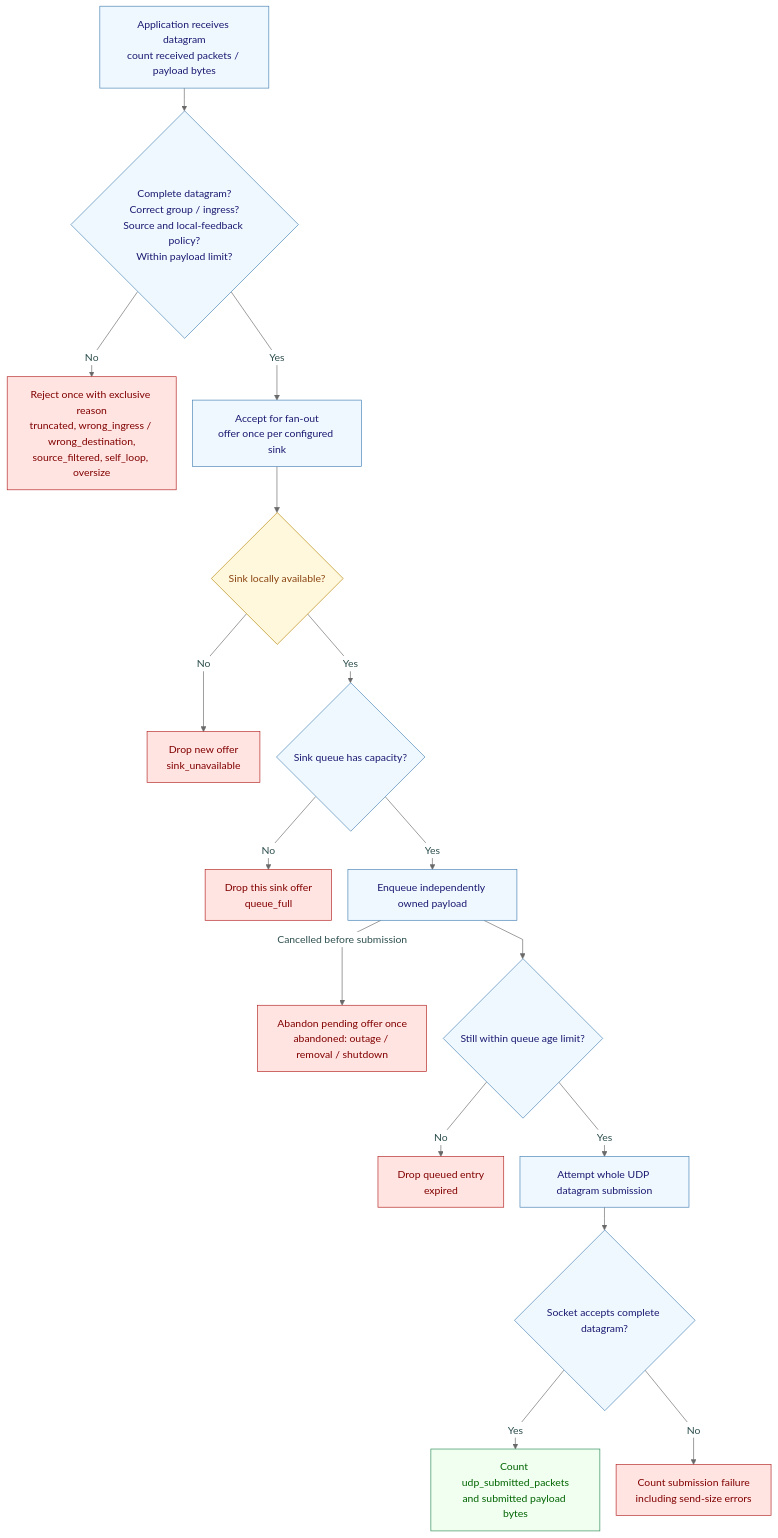
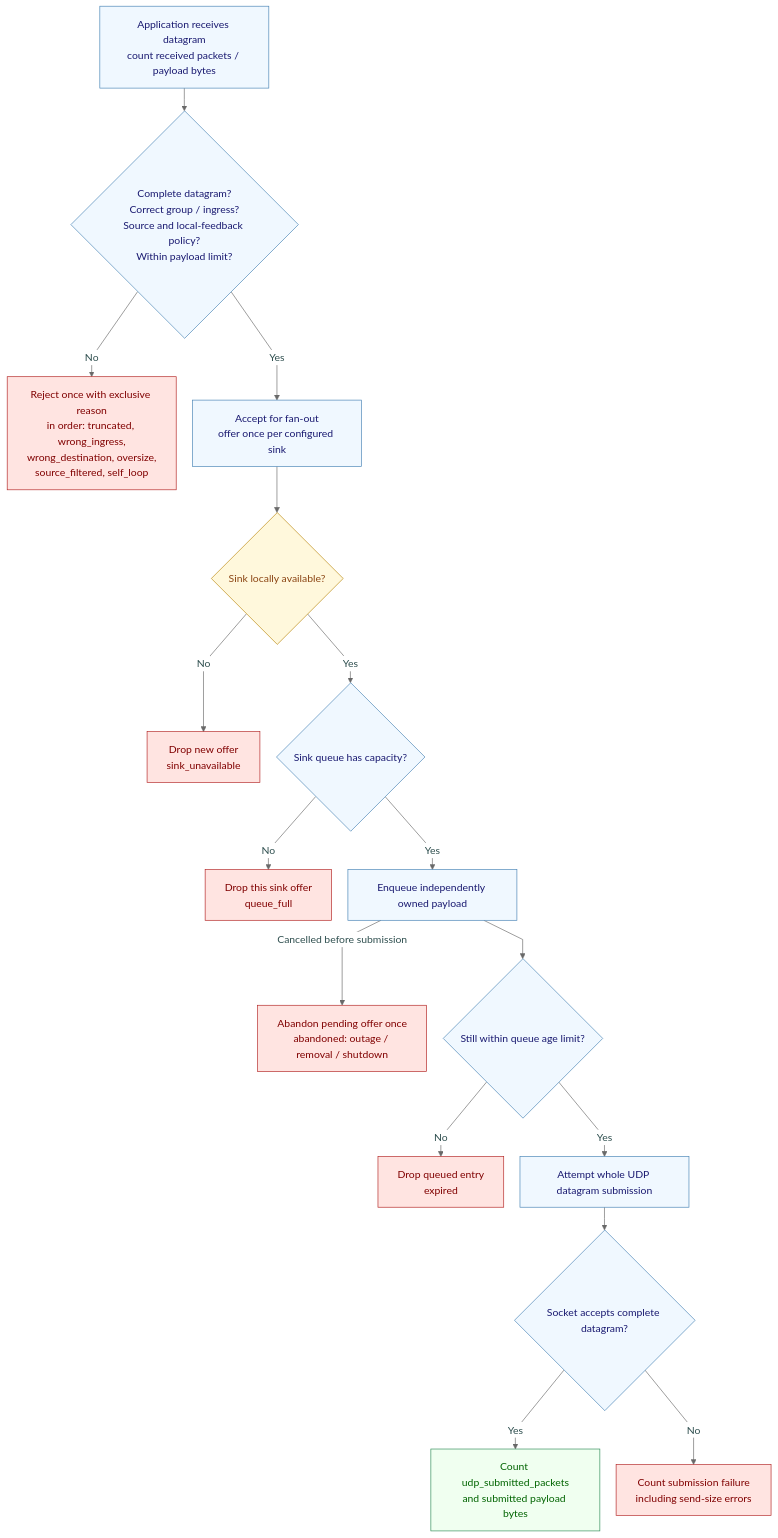
One commit to scufflegrits/multicast-gateway changed the sixth of 9 diagrams in docs/architecture.md. Above: the diagram before and after it, drawn with Mermaid. The commit also changed other lines of this file and 20 other files, not shown here.

````diff
--- a/docs/architecture.md
+++ b/docs/architecture.md
@@ -313,39 +313,39 @@
 ```mermaid
 %%{init: {"theme":"base","layout":"dagre","themeVariables":{"background":"white","primaryTextColor":"darkslategray","lineColor":"dimgray","edgeLabelBackground":"white","clusterBkg":"white","clusterBorder":"silver","titleColor":"darkslategray"},"flowchart":{"htmlLabels":true,"curve":"linear","nodeSpacing":25,"rankSpacing":35}}}%%
 flowchart TB
     RX["Application receives datagram<br/>count received packets / payload bytes"]:::process
     VALID{"Complete datagram?<br/>Correct group / ingress?<br/>Source and local-feedback policy?<br/>Within payload limit?"}:::process
-    REJECT["Reject once with exclusive reason<br/>truncated, wrong_ingress / wrong_destination,<br/>source_filtered, self_loop, oversize"]:::failure
+    REJECT["Reject once with exclusive reason<br/>in order: truncated, wrong_ingress,<br/>wrong_destination, oversize,<br/>source_filtered, self_loop"]:::failure
     FAN["Accept for fan-out<br/>offer once per configured sink"]:::process
     AVAILABLE{"Sink locally available?"}:::control
     UNAVAILABLE["Drop new offer<br/>sink_unavailable"]:::failure
     ROOM{"Sink queue has capacity?"}:::process
     FULL["Drop this sink offer<br/>queue_full"]:::failure
     QUEUE["Enqueue independently owned payload"]:::process
     ABANDON["Abandon pending offer once<br/>abandoned: outage / removal / shutdown"]:::failure
     AGE{"Still within queue age limit?"}:::process
     EXPIRED["Drop queued entry<br/>expired"]:::failure
     SEND["Attempt whole UDP datagram submission"]:::process
     OK{"Socket accepts complete datagram?"}:::process
     DONE["Count udp_submitted_packets<br/>and submitted payload bytes"]:::success
     FAIL["Count submission failure<br/>including send-size errors"]:::failure
     RX --> VALID
     VALID -- "No" --> REJECT
     VALID -- "Yes" --> FAN --> AVAILABLE
     AVAILABLE -- "No" --> UNAVAILABLE
     AVAILABLE -- "Yes" --> ROOM
     ROOM -- "No" --> FULL
     ROOM -- "Yes" --> QUEUE --> AGE
     QUEUE -- "Cancelled before submission" --> ABANDON
     AGE -- "No" --> EXPIRED
     AGE -- "Yes" --> SEND --> OK
     OK -- "Yes" --> DONE
     OK -- "No" --> FAIL
 
     classDef network fill:whitesmoke,stroke:slategray,color:darkslategray
     classDef process fill:aliceblue,stroke:steelblue,color:midnightblue
     classDef success fill:honeydew,stroke:seagreen,color:darkgreen
     classDef failure fill:mistyrose,stroke:firebrick,color:maroon
     classDef control fill:cornsilk,stroke:darkgoldenrod,color:saddlebrown
     classDef boundary fill:white,stroke:silver,color:darkslategray
 ```
````
